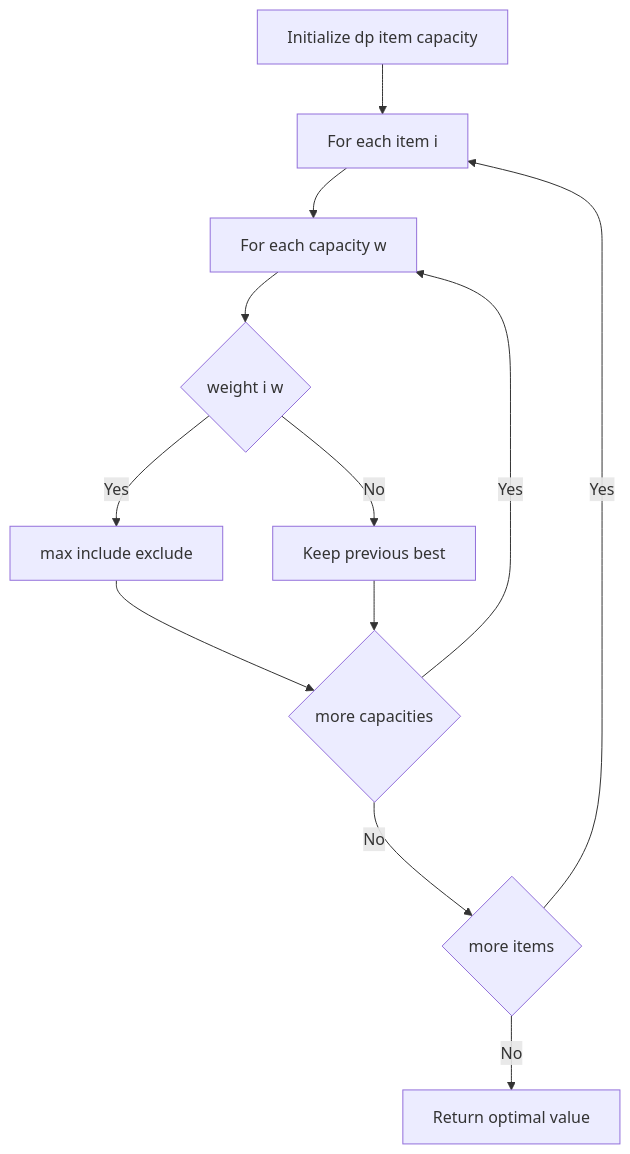
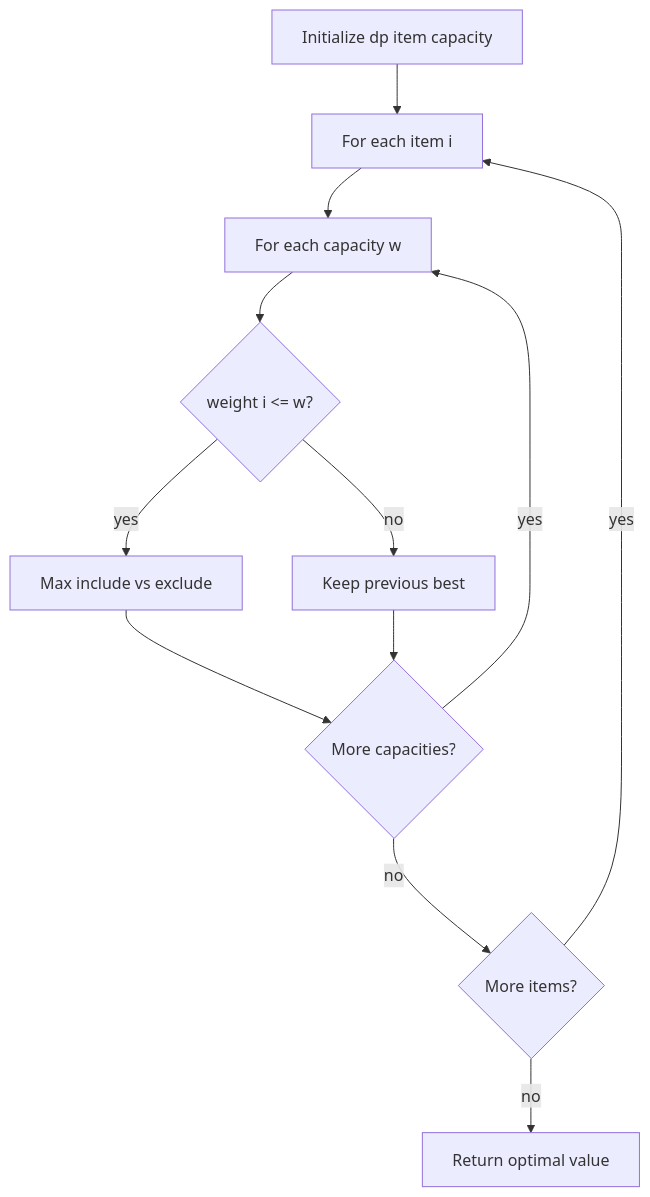
One commit to choisimo/document changed the diagram in content/docs/algorithms/algorithm-architect/03-dynamic-programming/03-knapsack.md. Above: the diagram before and after it, drawn with Mermaid. The commit also changed other lines of this file and 432 other files, not shown here.

````diff
--- a/content/docs/algorithms/algorithm-architect/03-dynamic-programming/03-knapsack.md
+++ b/content/docs/algorithms/algorithm-architect/03-dynamic-programming/03-knapsack.md
@@ -12,14 +73,14 @@
 ```mermaid
 flowchart TD
     A[Initialize dp item capacity] --> B[For each item i]
     B --> C[For each capacity w]
-    C --> D{weight i w}
-    D -- Yes --> E[max include exclude]
-    D -- No --> F[Keep previous best]
-    E --> G{more capacities}
+    C --> D{weight i <= w?}
+    D -- yes --> E[Max include vs exclude]
+    D -- no --> F[Keep previous best]
+    E --> G{More capacities?}
     F --> G
-    G -- Yes --> C
-    G -- No --> H{more items}
-    H -- Yes --> B
-    H -- No --> I[Return optimal value]
+    G -- yes --> C
+    G -- no --> H{More items?}
+    H -- yes --> B
+    H -- no --> I[Return optimal value]
 ```
````
